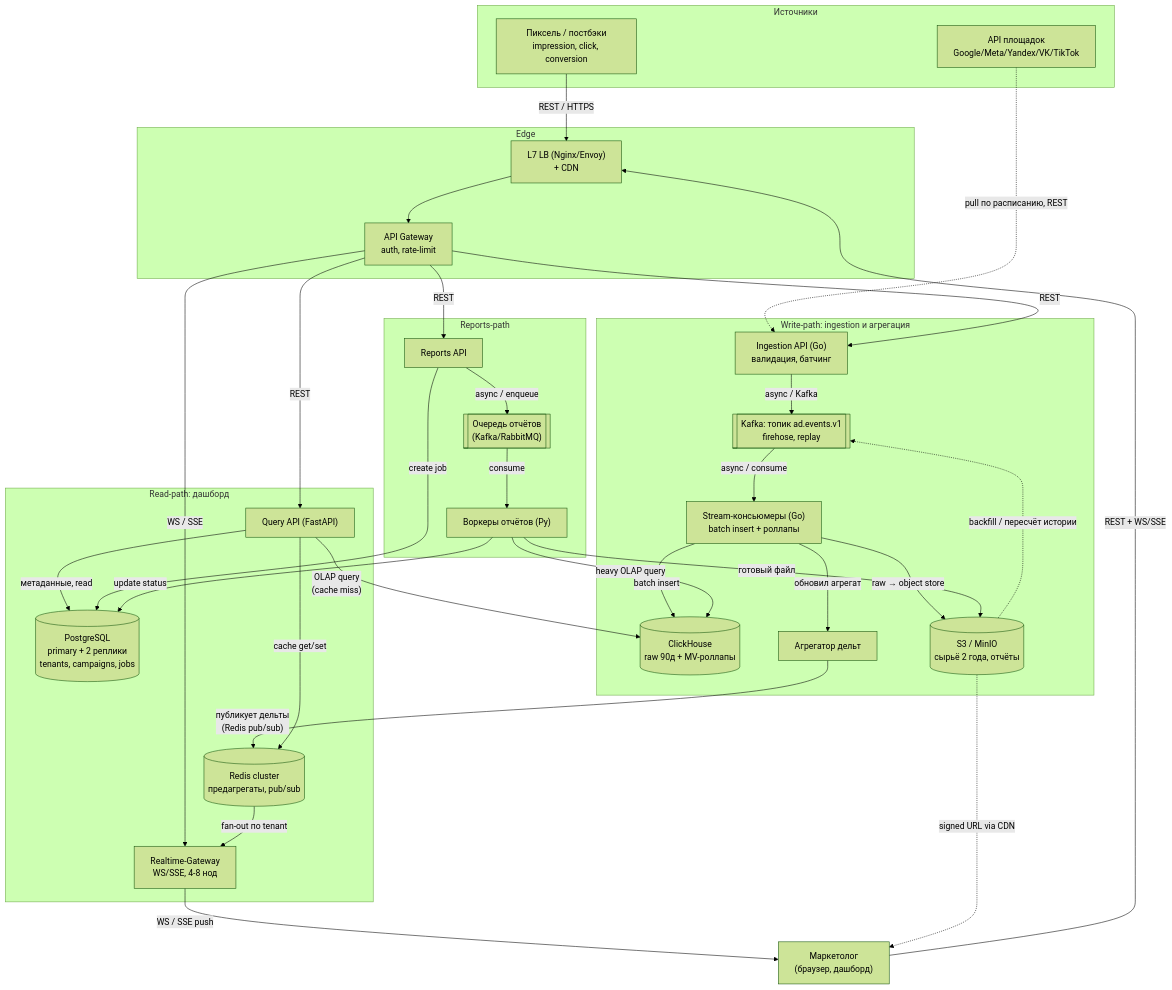
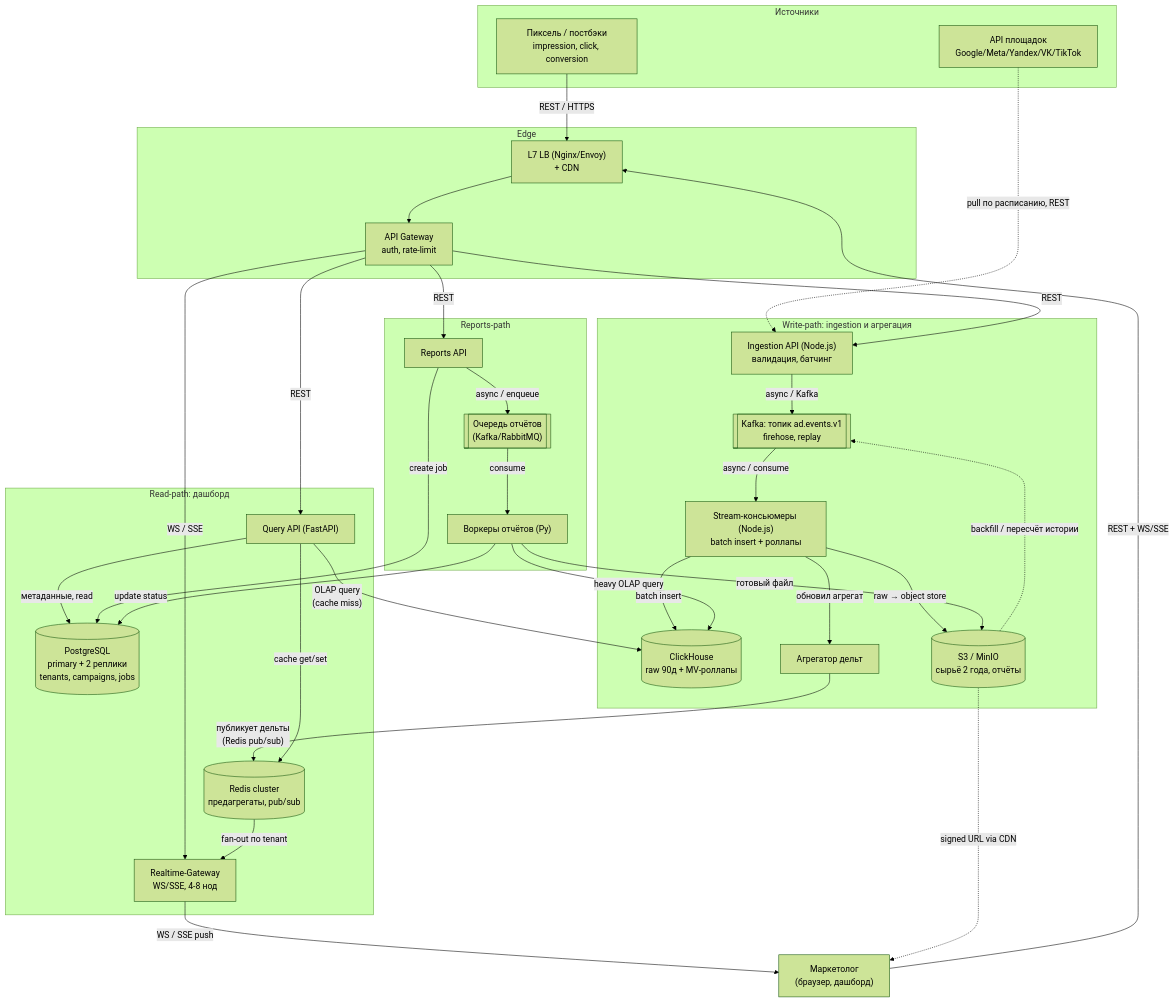
One commit to A1doranM/HowProgrammingWork changed the ninth of 20 diagrams in System Design/9. Backend System Design Interview Pipeline (Marketing Dashboard).md. Above: the diagram before and after it, drawn with Mermaid (forest theme). The commit also changed other lines of this file, not shown here.

````diff
--- a/System Design/9. Backend System Design Interview Pipeline (Marketing Dashboard).md
+++ b/System Design/9. Backend System Design Interview Pipeline (Marketing Dashboard).md
@@ -1125,69 +1125,69 @@
 ```mermaid
 graph TB
     subgraph SRC["Источники"]
         PIXEL["Пиксель / постбэки<br/>impression, click, conversion"]
         PLAT["API площадок<br/>Google/Meta/Yandex/VK/TikTok"]
     end
 
     USER["Маркетолог<br/>(браузер, дашборд)"]
 
     subgraph EDGE["Edge"]
         LB["L7 LB (Nginx/Envoy)<br/>+ CDN"]
         GW["API Gateway<br/>auth, rate-limit"]
     end
 
     subgraph WRITE["Write-path: ingestion и агрегация"]
-        ING["Ingestion API (Go)<br/>валидация, батчинг"]
+        ING["Ingestion API (Node.js)<br/>валидация, батчинг"]
         KAFKA[["Kafka: топик ad.events.v1<br/>firehose, replay"]]
-        CONS["Stream-консьюмеры (Go)<br/>batch insert + роллапы"]
+        CONS["Stream-консьюмеры (Node.js)<br/>batch insert + роллапы"]
         CH[("ClickHouse<br/>raw 90д + MV-роллапы")]
         S3[("S3 / MinIO<br/>сырьё 2 года, отчёты")]
         AGG["Агрегатор дельт"]
     end
 
     subgraph READ["Read-path: дашборд"]
         QAPI["Query API (FastAPI)"]
         REDIS[("Redis cluster<br/>предагрегаты, pub/sub")]
         PG[("PostgreSQL<br/>primary + 2 реплики<br/>tenants, campaigns, jobs")]
         RTGW["Realtime-Gateway<br/>WS/SSE, 4-8 нод"]
     end
 
     subgraph REPORTS["Reports-path"]
         RAPI["Reports API"]
         RQ[["Очередь отчётов<br/>(Kafka/RabbitMQ)"]]
         RWRK["Воркеры отчётов (Py)"]
     end
 
     PIXEL -->|"REST / HTTPS"| LB
     PLAT -.->|"pull по расписанию, REST"| ING
     USER -->|"REST + WS/SSE"| LB
     LB --> GW
 
     GW -->|"REST"| ING
     GW -->|"REST"| QAPI
     GW -->|"REST"| RAPI
     GW -->|"WS / SSE"| RTGW
 
     ING -->|"async / Kafka"| KAFKA
     KAFKA -->|"async / consume"| CONS
     CONS -->|"batch insert"| CH
     CONS -->|"raw → object store"| S3
     CONS -->|"обновил агрегат"| AGG
     AGG -->|"публикует дельты<br/>(Redis pub/sub)"| REDIS
     REDIS -->|"fan-out по tenant"| RTGW
     RTGW -->|"WS / SSE push"| USER
 
     QAPI -->|"cache get/set"| REDIS
     QAPI -->|"OLAP query<br/>(cache miss)"| CH
     QAPI -->|"метаданные, read"| PG
 
     RAPI -->|"create job"| PG
     RAPI -->|"async / enqueue"| RQ
     RQ -->|"consume"| RWRK
     RWRK -->|"heavy OLAP query"| CH
     RWRK -->|"готовый файл"| S3
     RWRK -->|"update status"| PG
     S3 -.->|"signed URL via CDN"| USER
 
     S3 -.->|"backfill / пересчёт истории"| KAFKA
 ```
````
